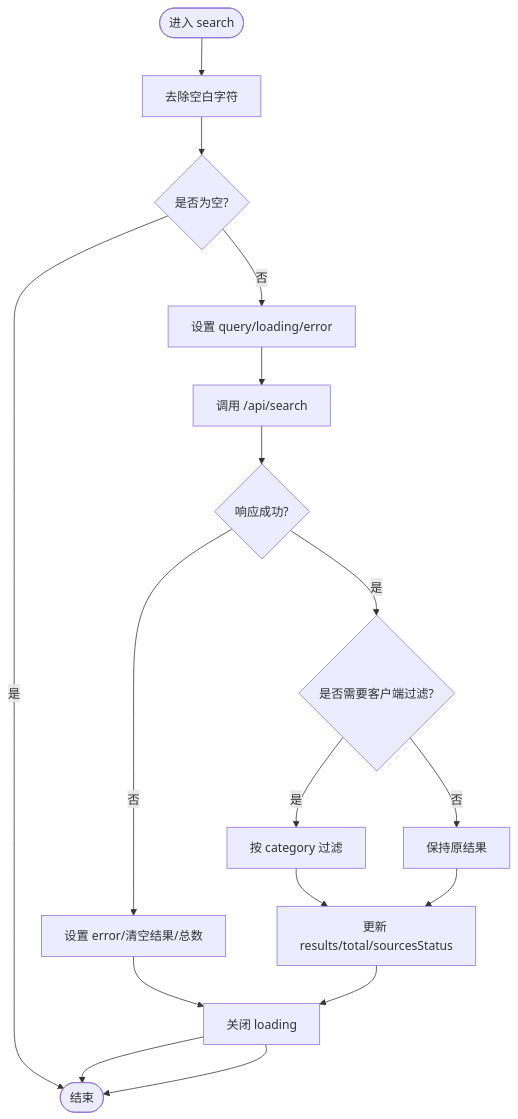
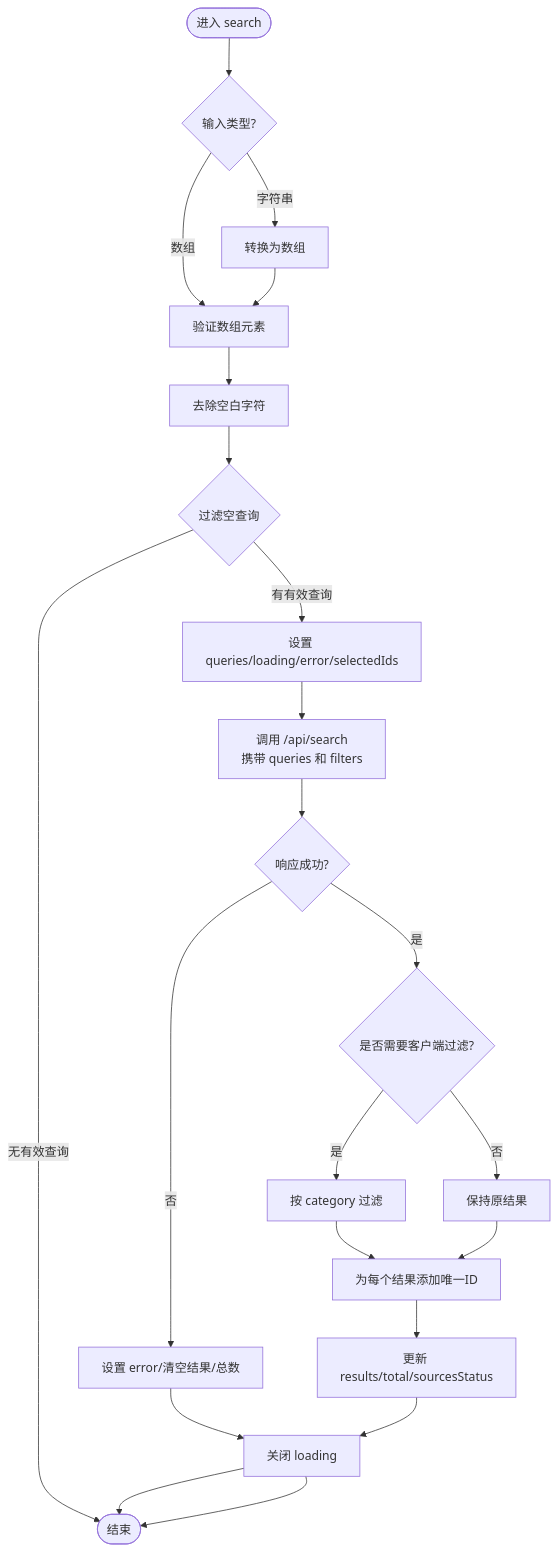
One commit to wangdy21/search_is_all_you_need changed the third of 9 diagrams in .qoder/repowiki/zh/content/前端开发指南/自定义Hook系统/useSearch Hook.md. Above: the diagram before and after it, drawn with Mermaid. The commit also changed other lines of this file and 11 other files, not shown here.

````diff
--- a/.qoder/repowiki/zh/content/前端开发指南/自定义Hook系统/useSearch Hook.md
+++ b/.qoder/repowiki/zh/content/前端开发指南/自定义Hook系统/useSearch Hook.md
@@ -173,17 +207,22 @@
 ```mermaid
 flowchart TD
-Start(["进入 search"]) --> Trim["去除空白字符"]
-Trim --> Empty{"是否为空?"}
-Empty -- 是 --> End(["结束"])
-Empty -- 否 --> SetState["设置 query/loading/error"]
-SetState --> CallAPI["调用 /api/search"]
+Start(["进入 search"]) --> CheckType{"输入类型?"}
+CheckType -- 字符串 --> ToArray["转换为数组"]
+CheckType -- 数组 --> Validate["验证数组元素"]
+ToArray --> Validate
+Validate --> Trim["去除空白字符"]
+Trim --> FilterEmpty{"过滤空查询"}
+FilterEmpty -- 无有效查询 --> End(["结束"])
+FilterEmpty -- 有有效查询 --> SetState["设置 queries/loading/error/selectedIds"]
+SetState --> CallAPI["调用 /api/search<br/>携带 queries 和 filters"]
 CallAPI --> RespOK{"响应成功?"}
 RespOK -- 否 --> HandleErr["设置 error/清空结果/总数"]
 HandleErr --> Finally["关闭 loading"] --> End
 RespOK -- 是 --> ClientFilter{"是否需要客户端过滤?"}
 ClientFilter -- 是 --> Filter["按 category 过滤"]
 ClientFilter -- 否 --> NoFilter["保持原结果"]
-Filter --> Update["更新 results/total/sourcesStatus"]
-NoFilter --> Update
+Filter --> AddId["为每个结果添加唯一ID"]
+NoFilter --> AddId
+AddId --> Update["更新 results/total/sourcesStatus"]
 Update --> Finally --> End
 ```
````
